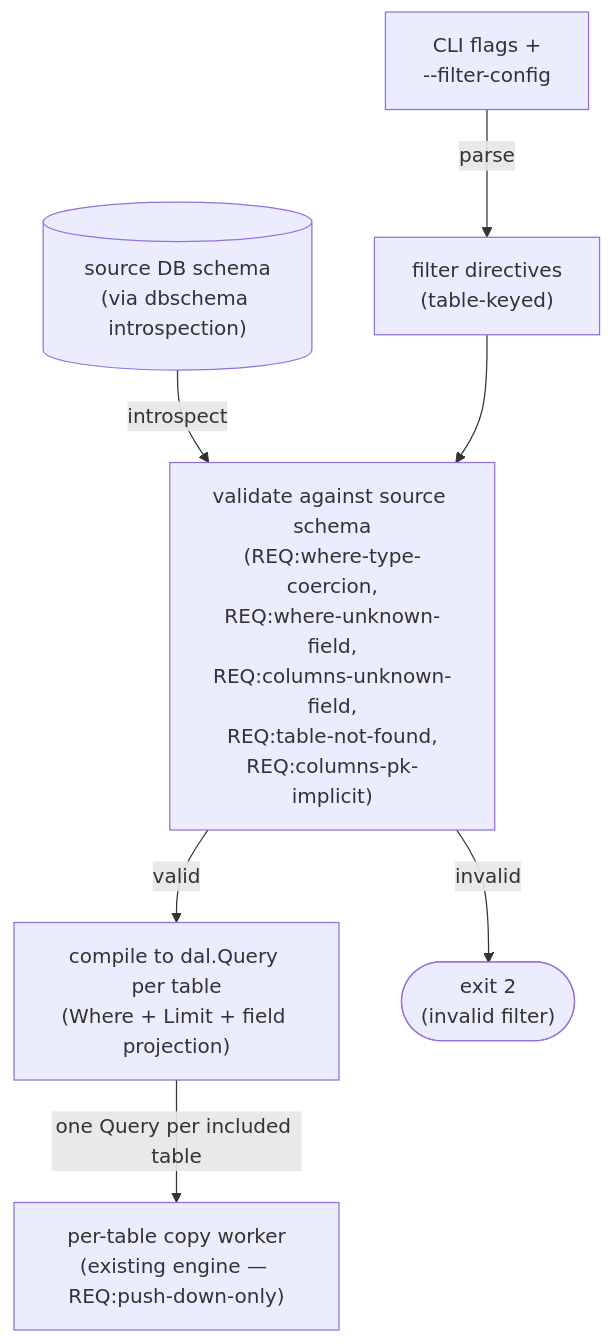
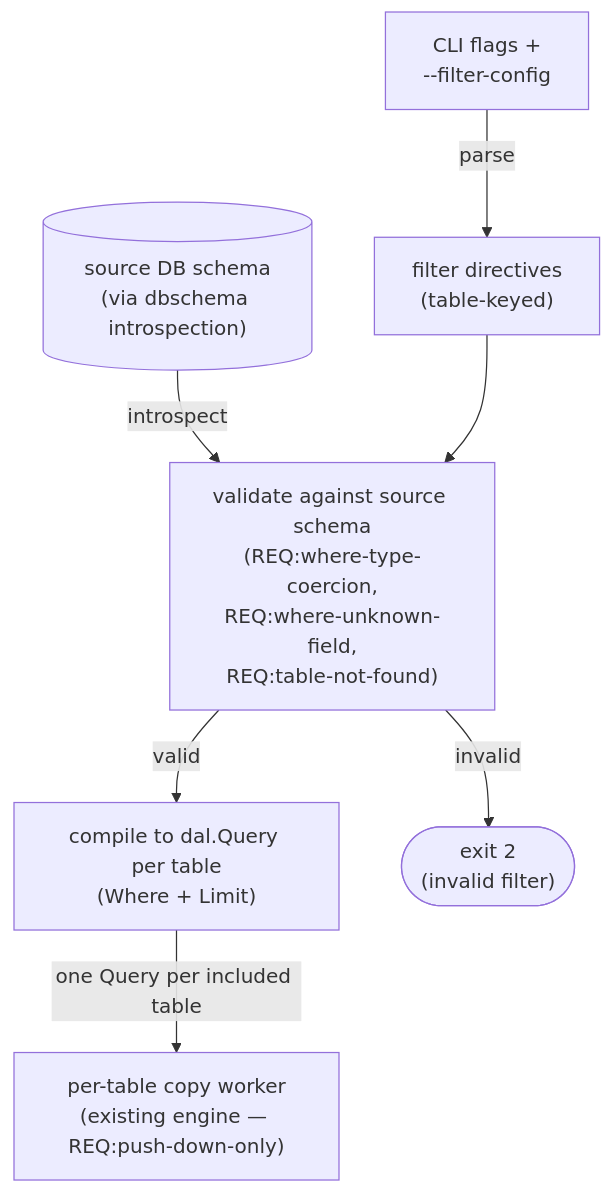
One commit to datatug/datatug-cli changed the diagram in spec/features/cli/db/copy/filtering/README.md. Above: the diagram before and after it, drawn with Mermaid. The commit also changed other lines of this file and 1 other file, not shown here.

````diff
--- a/spec/features/cli/db/copy/filtering/README.md
+++ b/spec/features/cli/db/copy/filtering/README.md
@@ -213,17 +183,17 @@
 ```mermaid
 flowchart TD
     cli["CLI flags +<br/>--filter-config"]
     schema[("source DB schema<br/>(via dbschema introspection)")]
     parsed["filter directives<br/>(table-keyed)"]
-    validate["validate against source schema<br/>(REQ:where-type-coercion,<br/>REQ:where-unknown-field,<br/>REQ:columns-unknown-field,<br/>REQ:table-not-found,<br/>REQ:columns-pk-implicit)"]
-    compile["compile to dal.Query per table<br/>(Where + Limit + field projection)"]
+    validate["validate against source schema<br/>(REQ:where-type-coercion,<br/>REQ:where-unknown-field,<br/>REQ:table-not-found)"]
+    compile["compile to dal.Query per table<br/>(Where + Limit)"]
     worker["per-table copy worker<br/>(existing engine — REQ:push-down-only)"]
     exit2(["exit 2<br/>(invalid filter)"])
 
     cli -->|parse| parsed
     schema -->|introspect| validate
     parsed --> validate
     validate -->|invalid| exit2
     validate -->|valid| compile
     compile -->|one Query per included table| worker
 ```
````
